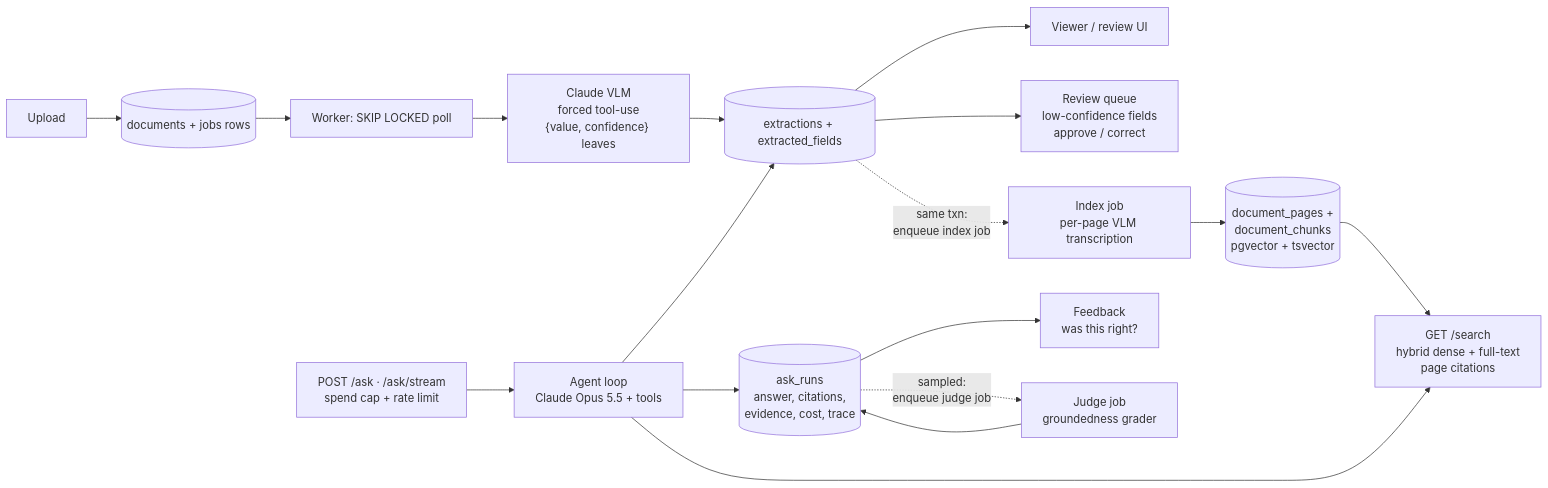
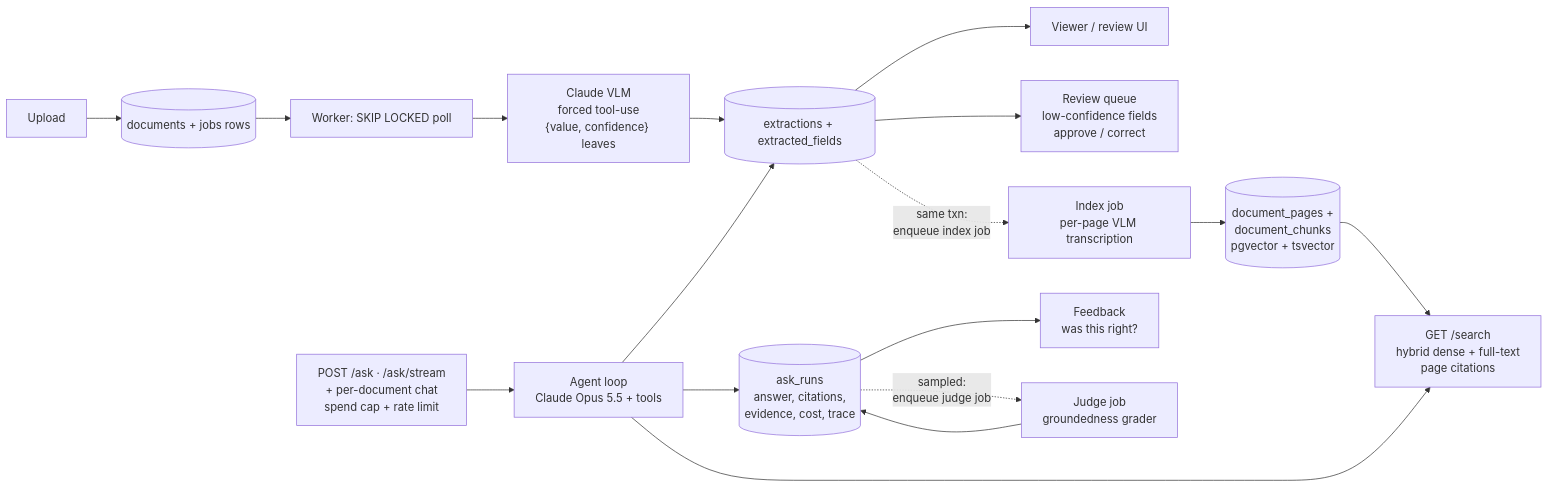
The diagram in README.md (Antheagao/doc-pilot), drawn with Mermaid before and after one commit. The commit also changed other lines of this file and 21 other files, not shown here.

````diff
--- a/README.md
+++ b/README.md
@@ -126,19 +126,19 @@
 ```mermaid
 flowchart LR
     U[Upload] --> D[(documents + jobs rows)]
     D --> W[Worker: SKIP LOCKED poll]
     W --> C["Claude VLM<br/>forced tool-use<br/>{value, confidence} leaves"]
     C --> E[(extractions + extracted_fields)]
     E --> V[Viewer / review UI]
     E --> R["Review queue<br/>low-confidence fields<br/>approve / correct"]
     E -. "same txn:<br/>enqueue index job" .-> I["Index job<br/>per-page VLM transcription"]
     I --> K[("document_pages +<br/>document_chunks<br/>pgvector + tsvector")]
     K --> S["GET /search<br/>hybrid dense + full-text<br/>page citations"]
-    Q["POST /ask · /ask/stream<br/>spend cap + rate limit"] --> A["Agent loop<br/>Claude Opus 5.5 + tools"]
+    Q["POST /ask · /ask/stream<br/>+ per-document chat<br/>spend cap + rate limit"] --> A["Agent loop<br/>Claude Opus 5.5 + tools"]
     A --> S
     A --> E
     A --> RUN[("ask_runs<br/>answer, citations,<br/>evidence, cost, trace")]
     RUN --> F["Feedback<br/>was this right?"]
     RUN -. "sampled:<br/>enqueue judge job" .-> J["Judge job<br/>groundedness grader"]
     J --> RUN
 ```
````
